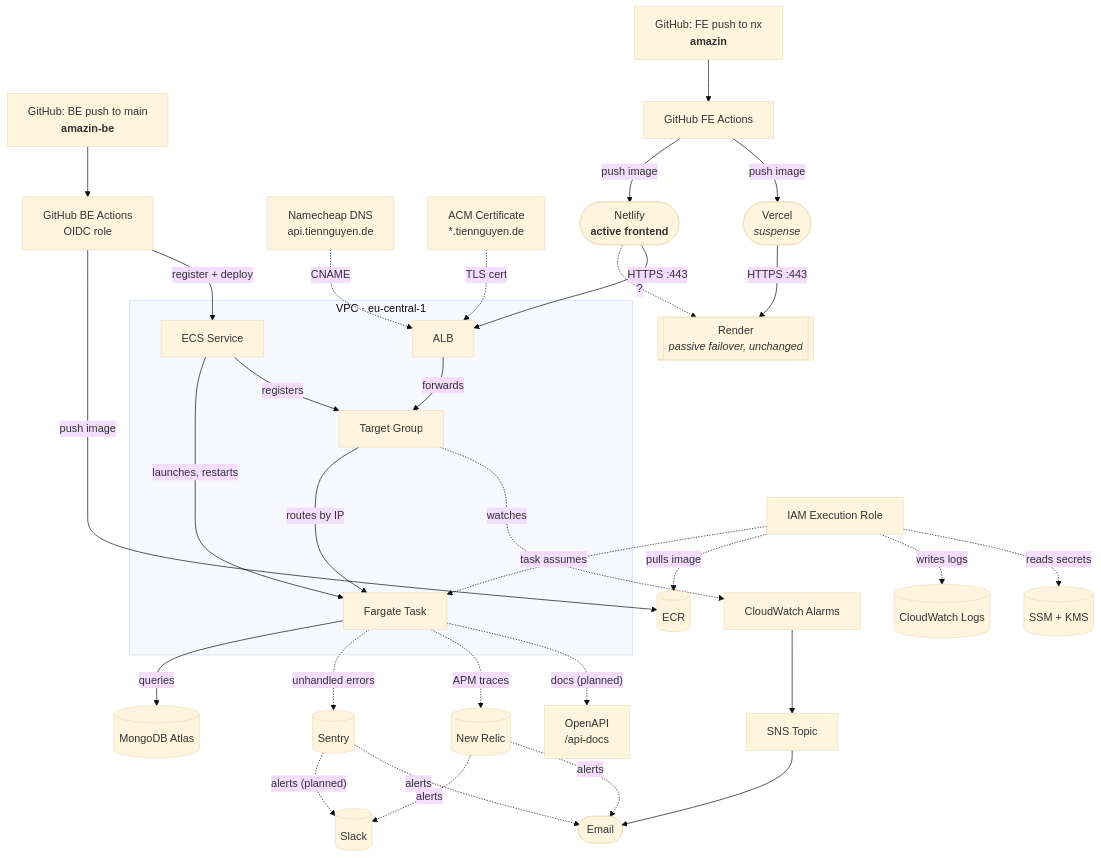
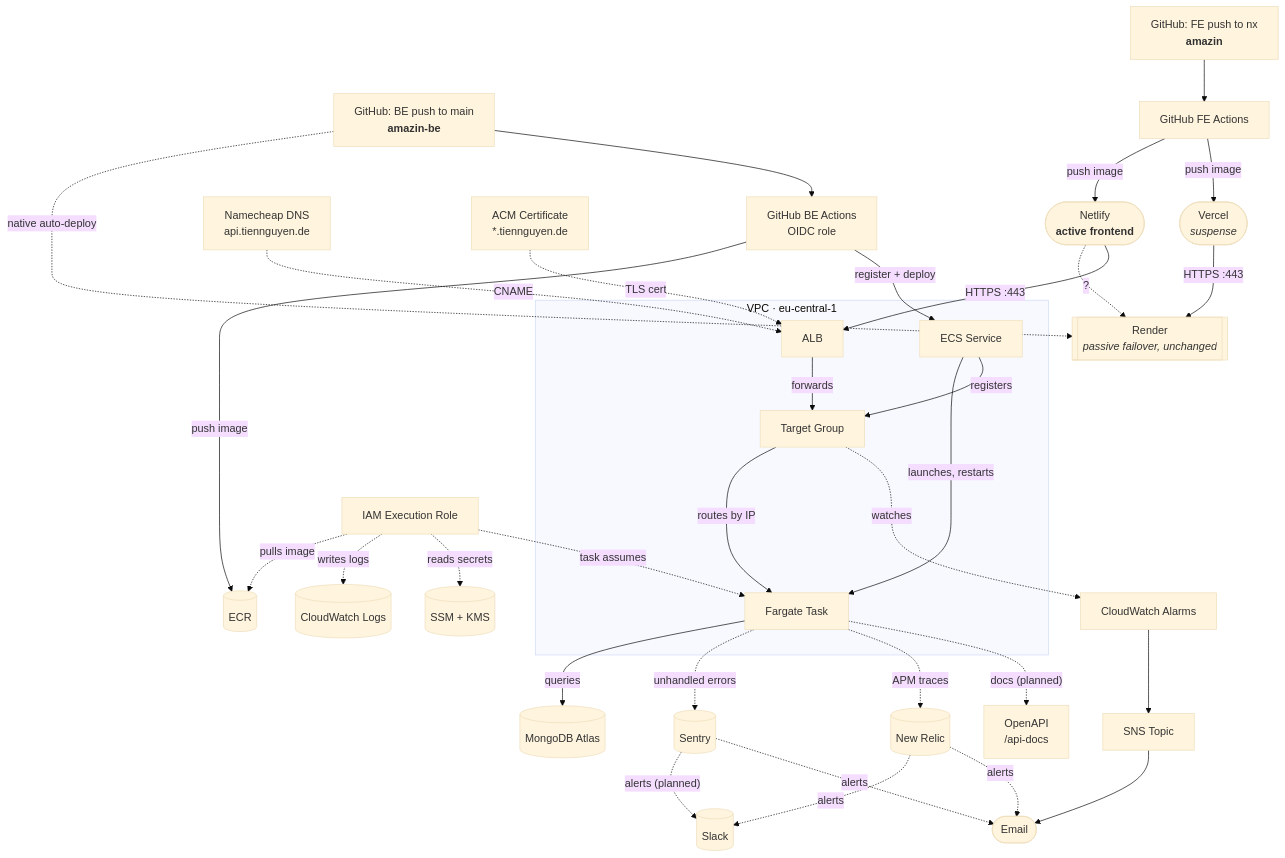
The second of 2 diagrams in README.md (ntrix/amazin-be), drawn with Mermaid (base theme) before and after one commit. The commit also changed other lines of this file, not shown here.

Commit message:
docs(readme): fix BE Actions/Render diagram to show parallel deploys, update test coverage numbers

````diff
--- a/README.md
+++ b/README.md
@@ -116,45 +116,46 @@
 ```mermaid
 flowchart TB
-  GitHubBE["GitHub: BE push to main<br/><b>amazin-be</b>"] --> ActionsBE["GitHub BE Actions<br/>OIDC role"]
+  GitHubBE["GitHub: BE push to main<br/><b>amazin-be</b>"] -.->|"native auto-deploy"| Render2
+  GitHubBE --> ActionsBE["GitHub BE Actions<br/>OIDC role"]
   ActionsBE -->|"push image"| ECR2[("ECR")]
   ActionsBE -->|"register + deploy"| Service2
 
   DNS["Namecheap DNS<br/>api.tiennguyen.de"] -. CNAME .-> ALB2
   ACM["ACM Certificate<br/>*.tiennguyen.de"] -. "TLS cert" .-> ALB2
 
   GitHubFE["GitHub: FE push to nx<br/><b>amazin</b>"] --> ActionsFE["GitHub FE Actions"]
   ActionsFE -->|"push image"| Netlify2(["Netlify<br/><b>active frontend</b>"]) .->|"?"| Render2
   Netlify2 -->|"HTTPS :443"| ALB2["ALB"]
   ActionsFE -->|"push image"| Vercel2(["Vercel<br/><i>suspense</i>"]) -->|"HTTPS :443"| Render2
   ALB2 -->|forwards| TG2["Target Group"]
   TG2 -->|"routes by IP"| Task2["Fargate Task"]
   Task2 -->|queries| Mongo2[("MongoDB Atlas")]
   Service2["ECS Service"] -->|"launches, restarts"| Task2
   Service2 -->|registers| TG2
 
   ~~~Role2["IAM Execution Role"] -. "task assumes" .-> Task2
   Role2 -. "pulls image" .-> ECR2
   Role2 -. "writes logs" .-> Logs2[("CloudWatch Logs")]
   Role2 -. "reads secrets" .-> SSM2[("SSM + KMS")]
 
   TG2 -. watches .-> Alarms["CloudWatch Alarms"]
   Alarms --> SNS["SNS Topic"]
   SNS --> Email([Email])
 
   Task2 -. "unhandled errors" .-> Sentry[("Sentry")]
   Task2 -. "APM traces" .-> NewRelic[("New Relic")]
   Task2 -. "docs (planned)" .-> OpenAPI["OpenAPI<br>/api-docs"]
   Sentry -. "alerts (planned)" .-> Slack[("Slack")]
   Sentry -. alerts .-> Email
   NewRelic -. alerts .-> Slack
   NewRelic -. alerts .-> Email
 
   Render2[["Render<br/><i>passive failover, unchanged</i>"]]
 
   subgraph VPC2["VPC · eu-central-1"]
     ALB2
     TG2
     Task2
     Service2
   end
 ```
````
